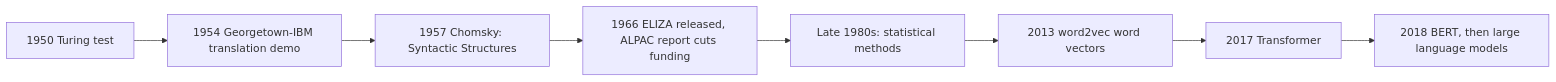
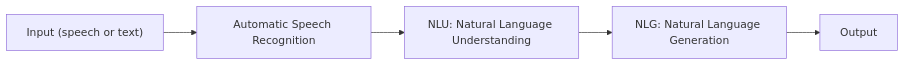
Before and after one commit to TrendySloth1001/sem-seven-notes: the first of 3 diagrams in content/natural-language-processing/notes/nlp-introduction.mdx, drawn with Mermaid. The commit also changed other lines of this file and 406 other files, not shown here.

````diff
--- a/content/natural-language-processing/notes/nlp-introduction.mdx
+++ b/content/natural-language-processing/notes/nlp-introduction.mdx
@@ -69,11 +43,8 @@
 ```mermaid
-%% caption: A short timeline of NLP. Read left to right: from hand-written rules, to statistics learned from data, to neural networks that learn word meanings, to Transformers and large language models.
+%% caption: A generic NLP system as drawn in class. Speech is turned into text, the machine understands it (NLU), then it builds a reply in human language (NLG).
 flowchart LR
-  A["1950 Turing test"] --> B["1954 Georgetown-IBM translation demo"]
-  B --> C["1957 Chomsky: Syntactic Structures"]
-  C --> D["1966 ELIZA released, ALPAC report cuts funding"]
-  D --> E["Late 1980s: statistical methods"]
-  E --> F["2013 word2vec word vectors"]
-  F --> G["2017 Transformer"]
-  G --> H["2018 BERT, then large language models"]
+  A["Input (speech or text)"] --> B["Automatic Speech Recognition"]
+  B --> C["NLU: Natural Language Understanding"]
+  C --> D["NLG: Natural Language Generation"]
+  D --> E["Output"]
 ```
````
